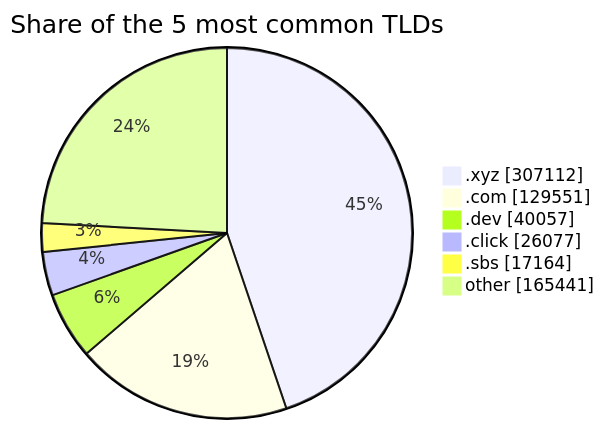
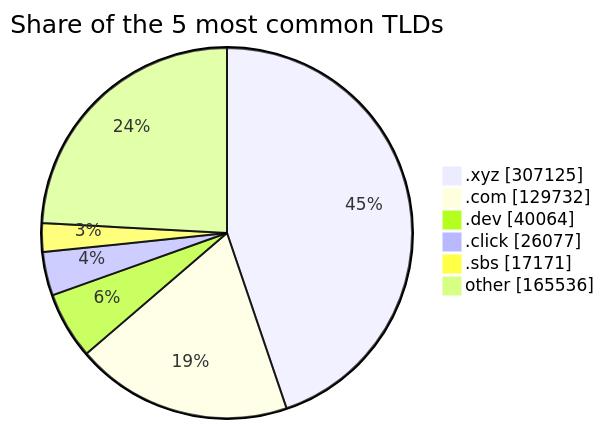
The third of 3 diagrams in README.md (DNSBunker/CTI), drawn with Mermaid before and after one commit. The commit also changed other lines of this file and 3 other files, not shown here.

````diff
--- a/README.md
+++ b/README.md
@@ -81,9 +81,9 @@
 ```mermaid
 pie showData title Share of the 5 most common TLDs
-    ".xyz" : 307112
-    ".com" : 129551
-    ".dev" : 40057
+    ".xyz" : 307125
+    ".com" : 129732
+    ".dev" : 40064
     ".click" : 26077
-    ".sbs" : 17164
-    "other" : 165441
+    ".sbs" : 17171
+    "other" : 165536
 ```
````
